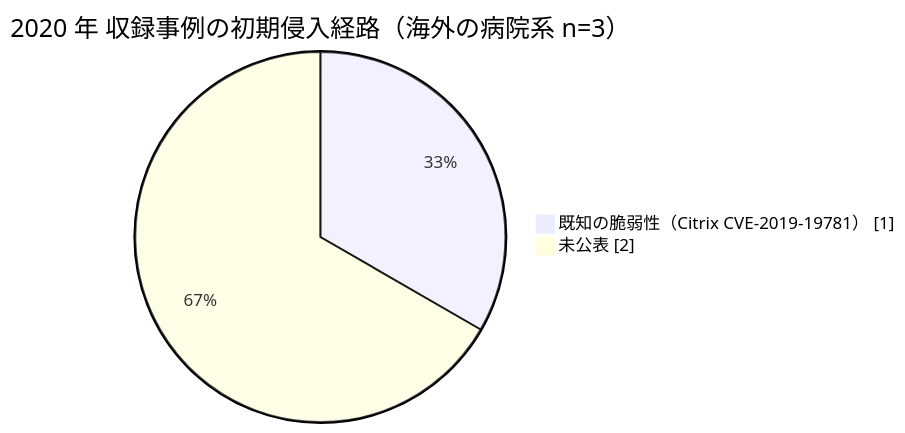
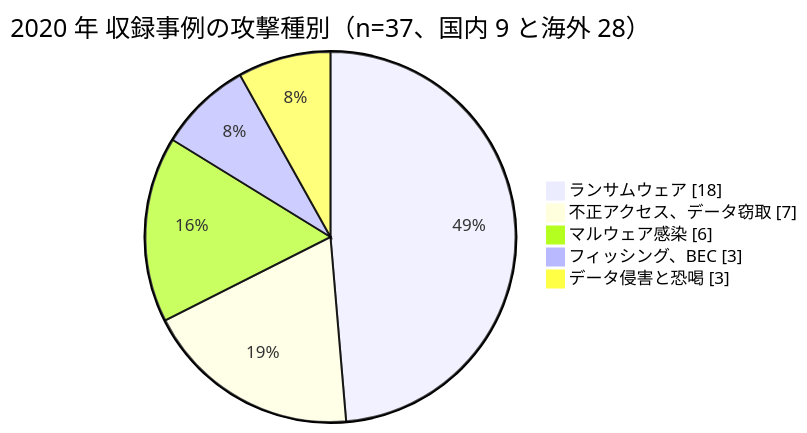
The diagram in docs/threats/incidents/years/2020-summary.md (scgajge12/awesome-healthcare-security), drawn with Mermaid before and after one commit. The commit also changed other lines of this file and 6 other files, not shown here.

````diff
--- a/docs/threats/incidents/years/2020-summary.md
+++ b/docs/threats/incidents/years/2020-summary.md
@@ -31,6 +47,9 @@
 ```mermaid
 pie showData
-    title 2020 年 収録事例の初期侵入経路（海外の病院系 n=3）
-    "既知の脆弱性（Citrix CVE-2019-19781）" : 1
-    "未公表" : 2
+    title 2020 年 収録事例の攻撃種別（n=37、国内 9 と海外 28）
+    "ランサムウェア" : 18
+    "不正アクセス、データ窃取" : 7
+    "マルウェア感染" : 6
+    "フィッシング、BEC" : 3
+    "データ侵害と恐喝" : 3
 ```
````
